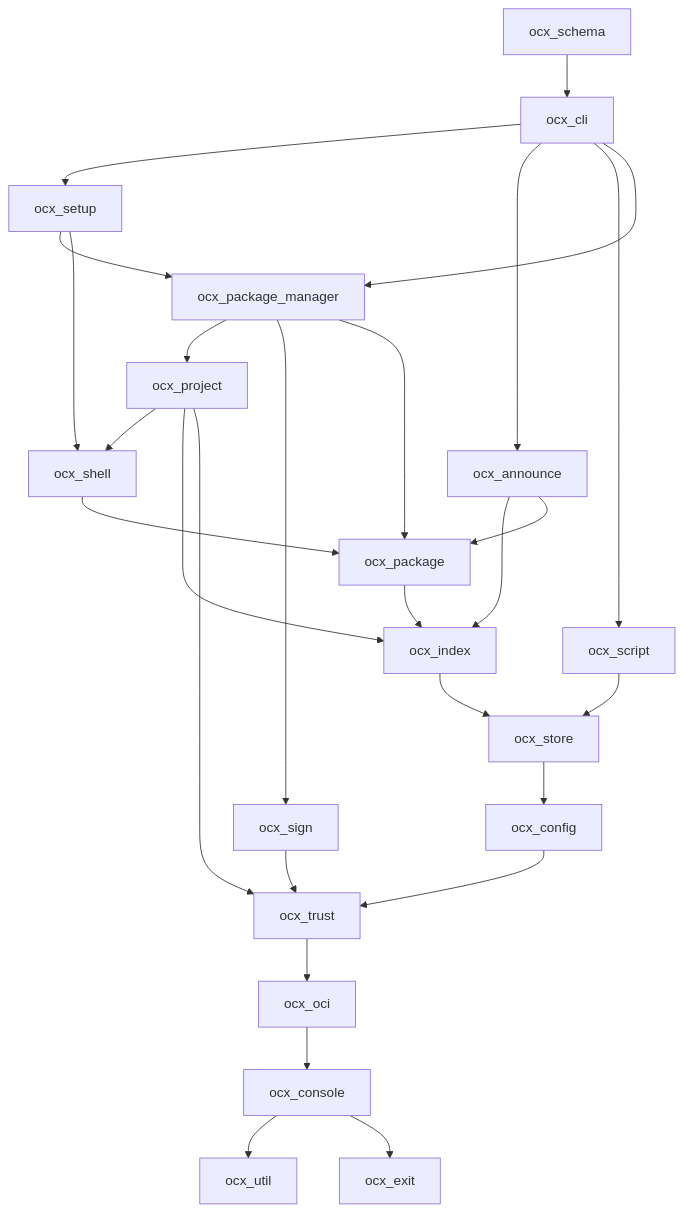
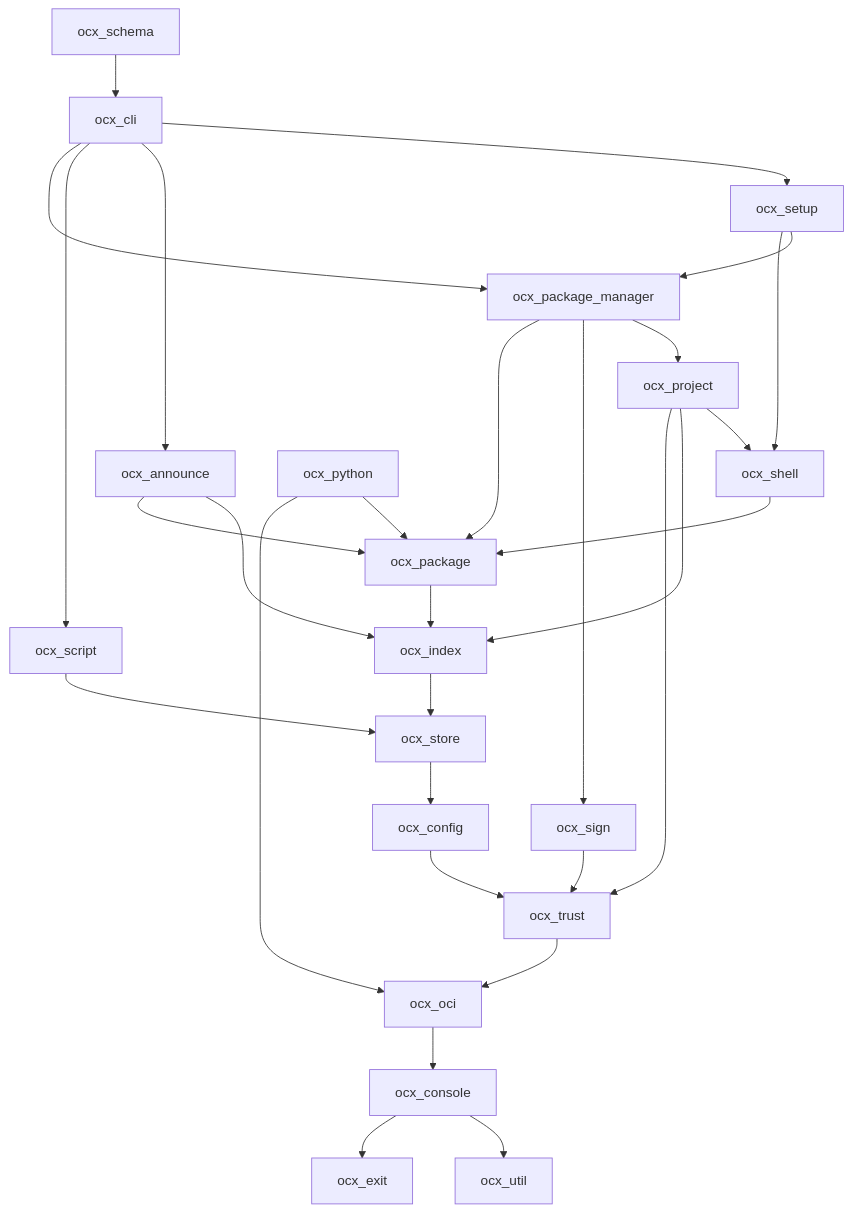
The diagram in .claude/artifacts/adr_crate_split_workspace.md (ocx-sh/ocx), drawn with Mermaid before and after one commit. The commit also changed other lines of this file and 49 other files, not shown here.

````diff
--- a/.claude/artifacts/adr_crate_split_workspace.md
+++ b/.claude/artifacts/adr_crate_split_workspace.md
@@ -233,19 +234,20 @@
 ```mermaid
 graph TD
   CLI[ocx_cli] --> SETUP[ocx_setup] & ANN[ocx_announce] & SCRIPT[ocx_script] & PM[ocx_package_manager]
   SCHEMA[ocx_schema] --> CLI
   SETUP --> PM & SHELL[ocx_shell]
   PM --> PROJ[ocx_project] & SIGN[ocx_sign] & PKG[ocx_package]
   ANN --> IDX[ocx_index] & PKG
   SCRIPT --> STORE[ocx_store]
   PROJ --> SHELL & IDX & TRUST[ocx_trust]
   SHELL --> PKG
   PKG --> IDX
   IDX --> STORE
   STORE --> CFG[ocx_config]
   SIGN --> TRUST
+  PY[ocx_python] --> PKG & OCI
   CFG --> TRUST
   TRUST --> OCI[ocx_oci]
   OCI --> CONSOLE[ocx_console]
   CONSOLE --> UTIL[ocx_util] & EXIT[ocx_exit]
 ```
````
